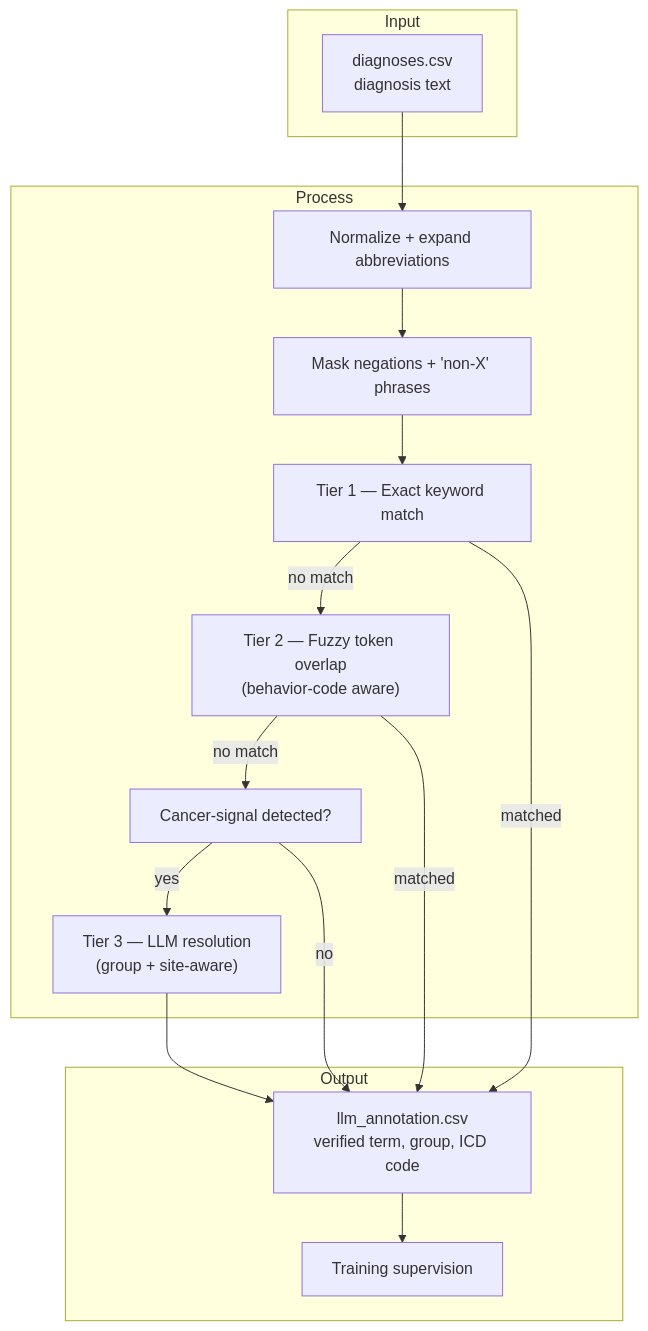
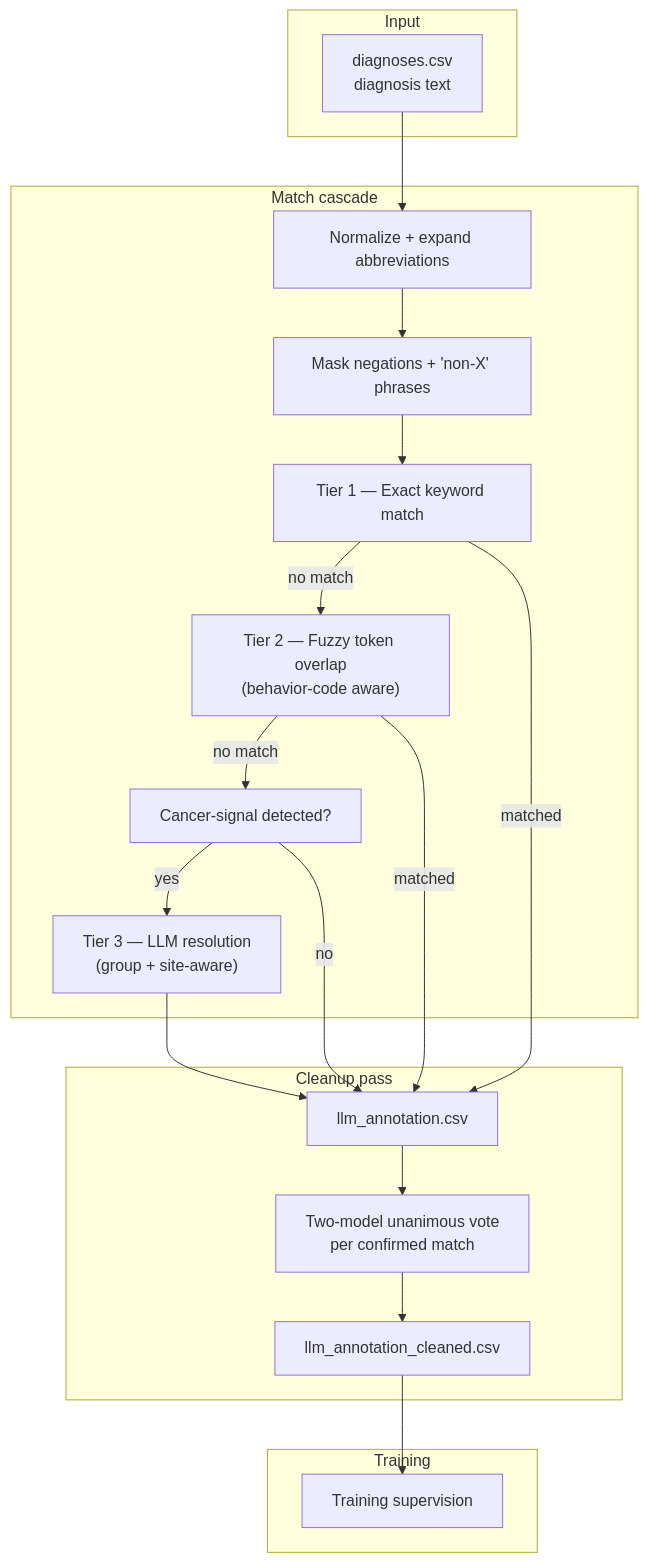
Before and after one commit to YugrajD/UC-Davis-VMTH-Cancer-Registry: the diagram in ml/documentation/label-annotation.md, drawn with Mermaid. The commit also changed other lines of this file and 8 other files, not shown here.

Commit message:
Re-run LLM annotation with patched ngation/behavior

````diff
--- a/ml/documentation/label-annotation.md
+++ b/ml/documentation/label-annotation.md
@@ -31,30 +33,35 @@
 ```mermaid
 flowchart TD
     subgraph IN["Input"]
         A["diagnoses.csv<br/>diagnosis text"]
     end
 
-    subgraph P["Process"]
+    subgraph P["Match cascade"]
         N["Normalize + expand abbreviations"]
         M["Mask negations + 'non-X' phrases"]
         T1["Tier 1 — Exact keyword match"]
         T2["Tier 2 — Fuzzy token overlap<br/>(behavior-code aware)"]
         SIG["Cancer-signal detected?"]
         T3["Tier 3 — LLM resolution<br/>(group + site-aware)"]
     end
 
-    subgraph OUT["Output"]
-        F["llm_annotation.csv<br/>verified term, group, ICD code"]
+    subgraph C["Cleanup pass"]
+        F["llm_annotation.csv"]
+        V["Two-model unanimous vote<br/>per confirmed match"]
+        FC["llm_annotation_cleaned.csv"]
+    end
+
+    subgraph OUT["Training"]
         G["Training supervision"]
     end
 
     A --> N --> M --> T1
     T1 -->|no match| T2
     T2 -->|no match| SIG
     SIG -->|yes| T3
     T3 --> F
     T1 -->|matched| F
     T2 -->|matched| F
     SIG -->|no| F
-    F --> G
+    F --> V --> FC --> G
 ```
````
